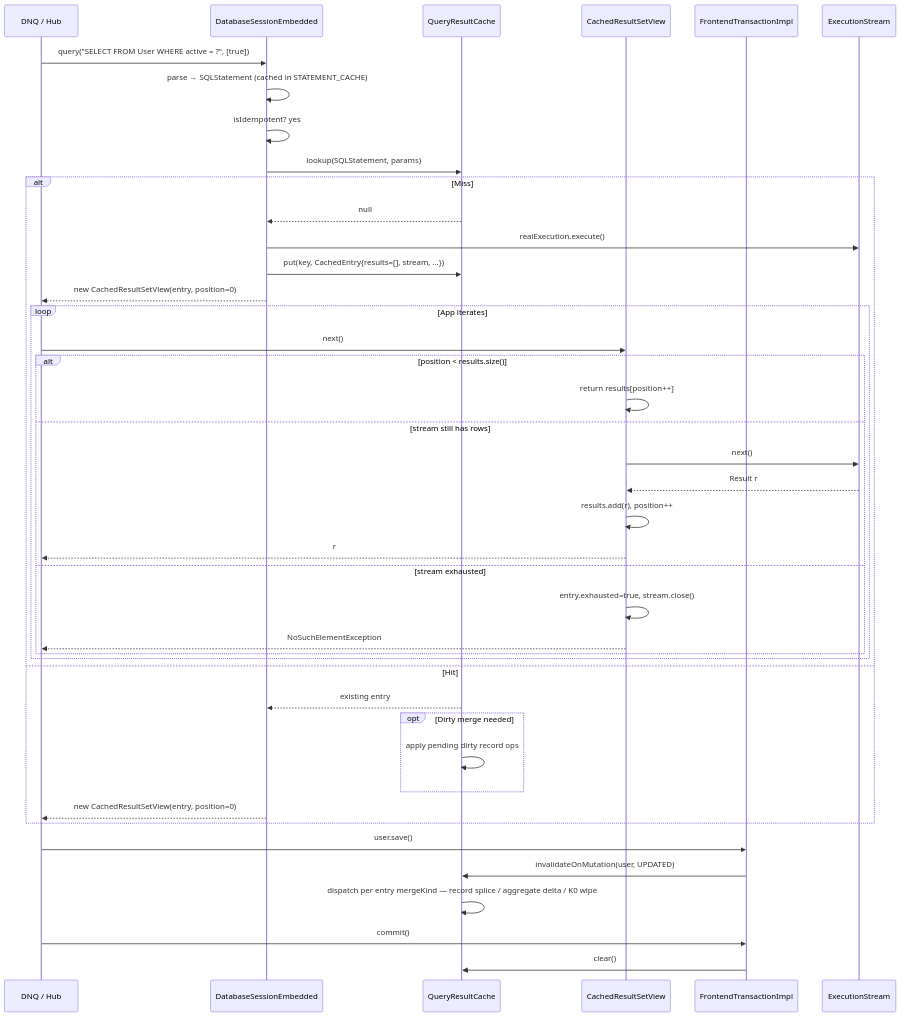
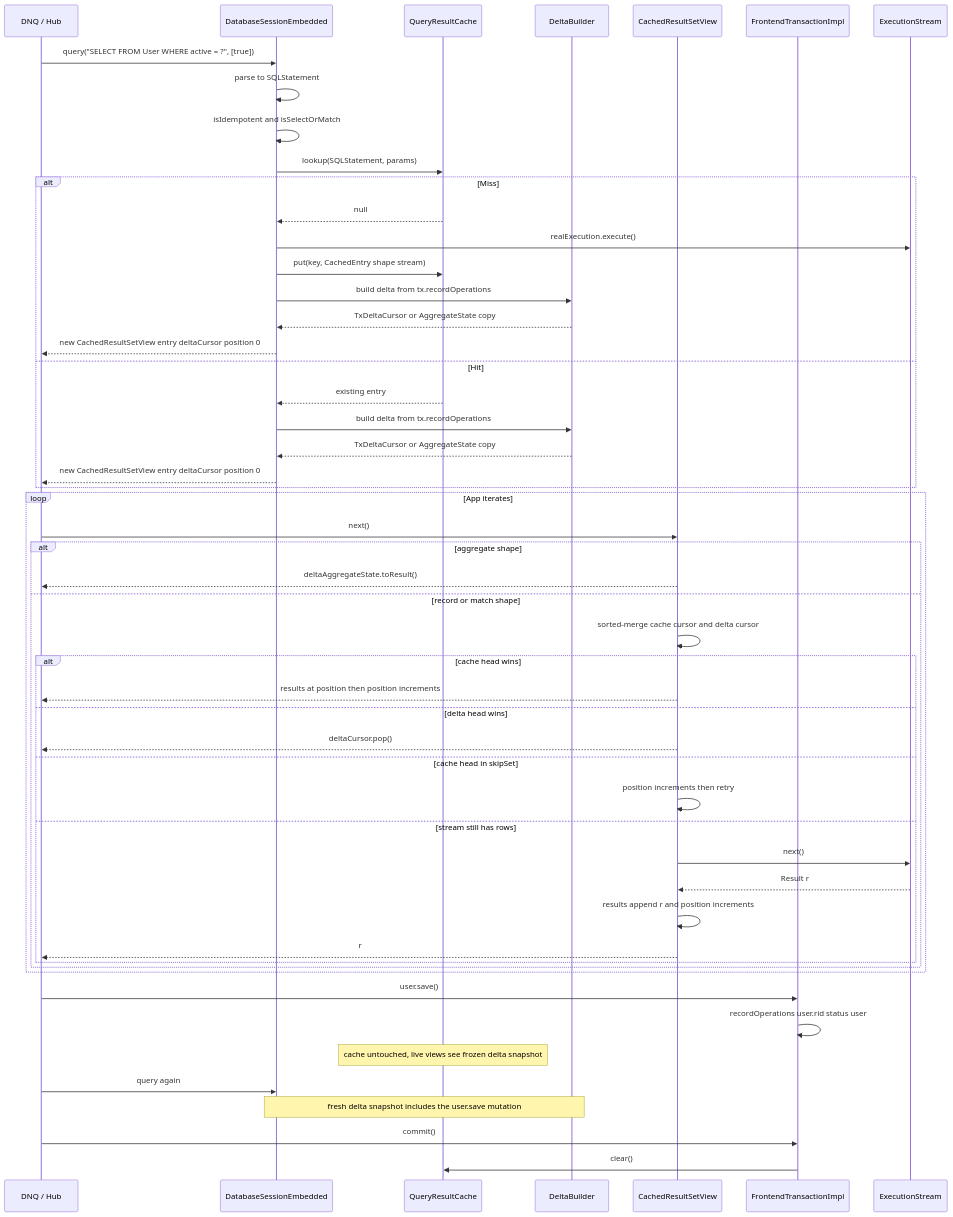
Before and after one commit to JetBrains/youtrackdb: the second of 2 diagrams in docs/adr/YTDB-820-tx-result-cache/_workflow/design.md, drawn with Mermaid. The commit also changed other lines of this file and 10 other files, not shown here.

Commit message:
Pivot to lazy merge-on-read architecture

````diff
--- a/docs/adr/YTDB-820-tx-result-cache/_workflow/design.md
+++ b/docs/adr/YTDB-820-tx-result-cache/_workflow/design.md
@@ -131,47 +152,59 @@
 ```mermaid
 sequenceDiagram
     participant App as DNQ / Hub
     participant Sess as DatabaseSessionEmbedded
     participant Cache as QueryResultCache
+    participant DB as DeltaBuilder
     participant View as CachedResultSetView
     participant Tx as FrontendTransactionImpl
     participant Stream as ExecutionStream
 
     App->>Sess: query("SELECT FROM User WHERE active = ?", [true])
-    Sess->>Sess: parse → SQLStatement (cached in STATEMENT_CACHE)
-    Sess->>Sess: isIdempotent? yes
+    Sess->>Sess: parse to SQLStatement
+    Sess->>Sess: isIdempotent and isSelectOrMatch
     Sess->>Cache: lookup(SQLStatement, params)
     alt Miss
         Cache-->>Sess: null
         Sess->>Stream: realExecution.execute()
-        Sess->>Cache: put(key, CachedEntry{results=[], stream, ...})
-        Sess-->>App: new CachedResultSetView(entry, position=0)
-        loop App iterates
-            App->>View: next()
-            alt position < results.size()
-                View->>View: return results[position++]
+        Sess->>Cache: put(key, CachedEntry shape stream)
+        Sess->>DB: build delta from tx.recordOperations
+        DB-->>Sess: TxDeltaCursor or AggregateState copy
+        Sess-->>App: new CachedResultSetView entry deltaCursor position 0
+    else Hit
+        Cache-->>Sess: existing entry
+        Sess->>DB: build delta from tx.recordOperations
+        DB-->>Sess: TxDeltaCursor or AggregateState copy
+        Sess-->>App: new CachedResultSetView entry deltaCursor position 0
+    end
+
+    loop App iterates
+        App->>View: next()
+        alt aggregate shape
+            View-->>App: deltaAggregateState.toResult()
+        else record or match shape
+            View->>View: sorted-merge cache cursor and delta cursor
+            alt cache head wins
+                View-->>App: results at position then position increments
+            else delta head wins
+                View-->>App: deltaCursor.pop()
+            else cache head in skipSet
+                View->>View: position increments then retry
             else stream still has rows
                 View->>Stream: next()
                 Stream-->>View: Result r
-                View->>View: results.add(r), position++
+                View->>View: results append r and position increments
                 View-->>App: r
-            else stream exhausted
-                View->>View: entry.exhausted=true, stream.close()
-                View-->>App: NoSuchElementException
             end
         end
-    else Hit
-        Cache-->>Sess: existing entry
-        opt Dirty merge needed
-            Cache->>Cache: apply pending dirty record ops
-        end
-        Sess-->>App: new CachedResultSetView(entry, position=0)
     end
 
     App->>Tx: user.save()
-    Tx->>Cache: invalidateOnMutation(user, UPDATED)
-    Cache->>Cache: dispatch per entry mergeKind — record splice / aggregate delta / K0 wipe
+    Tx->>Tx: recordOperations user.rid status user
+    Note over Cache: cache untouched, live views see frozen delta snapshot
+
+    App->>Sess: query again
+    Note over Sess,DB: fresh delta snapshot includes the user.save mutation
 
     App->>Tx: commit()
     Tx->>Cache: clear()
 ```
````
